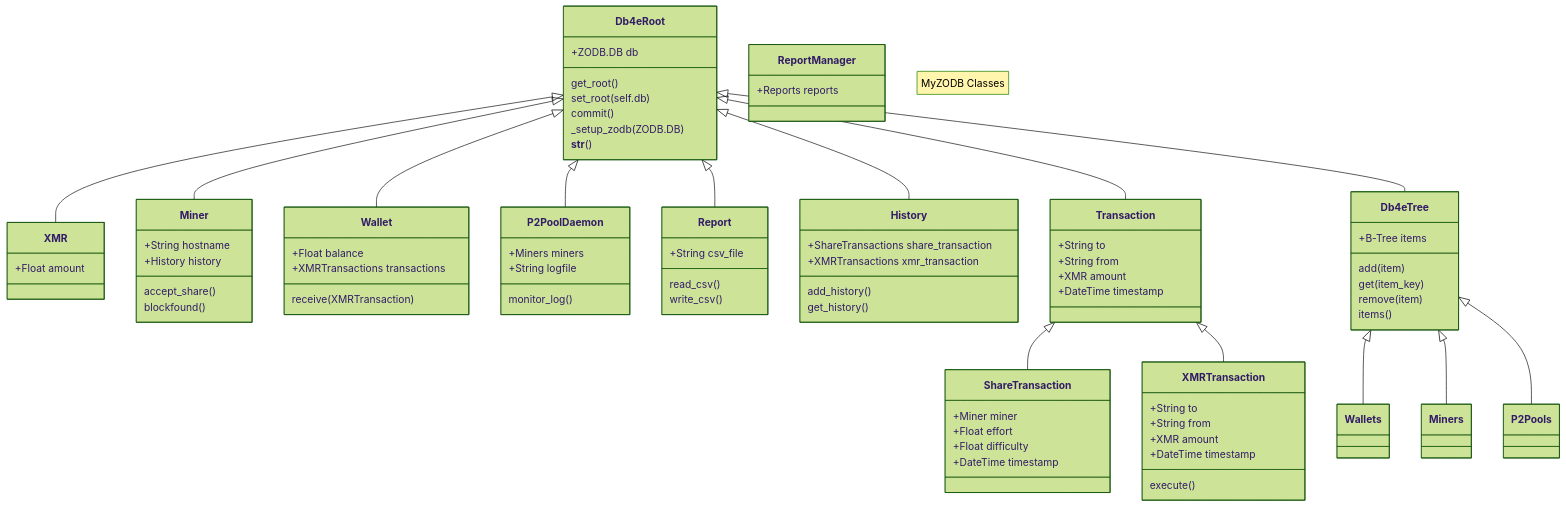
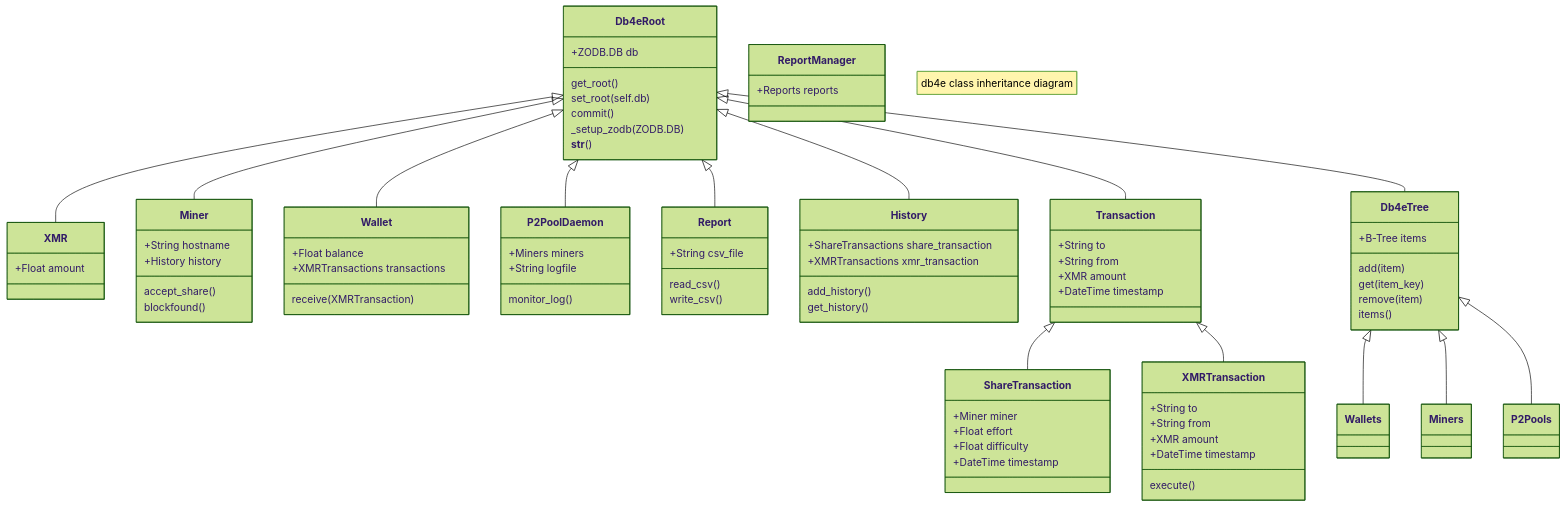
Before and after one commit to NadimGhaznavi/myzodb: the diagram in _posts/2024-06-02-Class-Hierarchy.md, drawn with Mermaid (forest theme).

```diff
--- a/_posts/2024-06-02-Class-Hierarchy.md
+++ b/_posts/2024-06-02-Class-Hierarchy.md
@@ -11,6 +11,6 @@
 <pre class="mermaid">
   classDiagram
-    note "MyZODB Classes"
+    note "db4e class inheritance diagram"
     Db4eRoot <|-- XMR
     Db4eRoot <|-- Miner
     Db4eRoot <|-- Wallet
```
